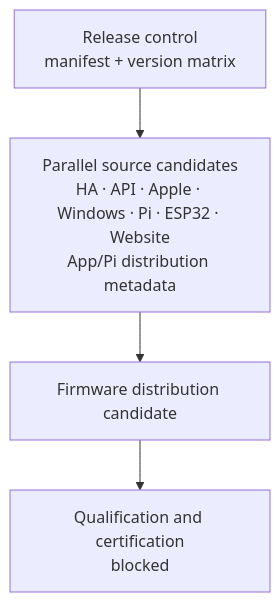
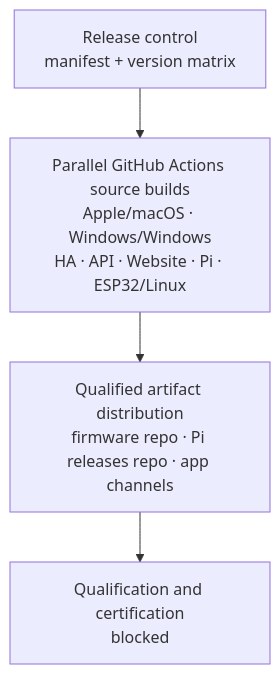
Before and after one commit to pcvantol/djconnect: the diagram in docs/release/PLATFORM_RELEASE_GRAPH.md, drawn with Mermaid. The commit also changed other lines of this file and 10 other files, not shown here.

Commit message:
release: align internal release architecture (#85)

````diff
--- a/docs/release/PLATFORM_RELEASE_GRAPH.md
+++ b/docs/release/PLATFORM_RELEASE_GRAPH.md
@@ -3,8 +3,8 @@
 ```mermaid
 flowchart TD
   control["Release control\nmanifest + version matrix"]
-  source["Parallel source candidates\nHA · API · Apple · Windows · Pi · ESP32 · Website\nApp/Pi distribution metadata"]
-  distribution["Firmware distribution candidate"]
+  source["Parallel GitHub Actions source builds\nApple/macOS · Windows/Windows\nHA · API · Website · Pi · ESP32/Linux"]
+  distribution["Qualified artifact distribution\nfirmware repo · Pi releases repo · app channels"]
   qualify["Qualification and certification\nblocked"]
   control --> source --> distribution --> qualify
 ```
````
